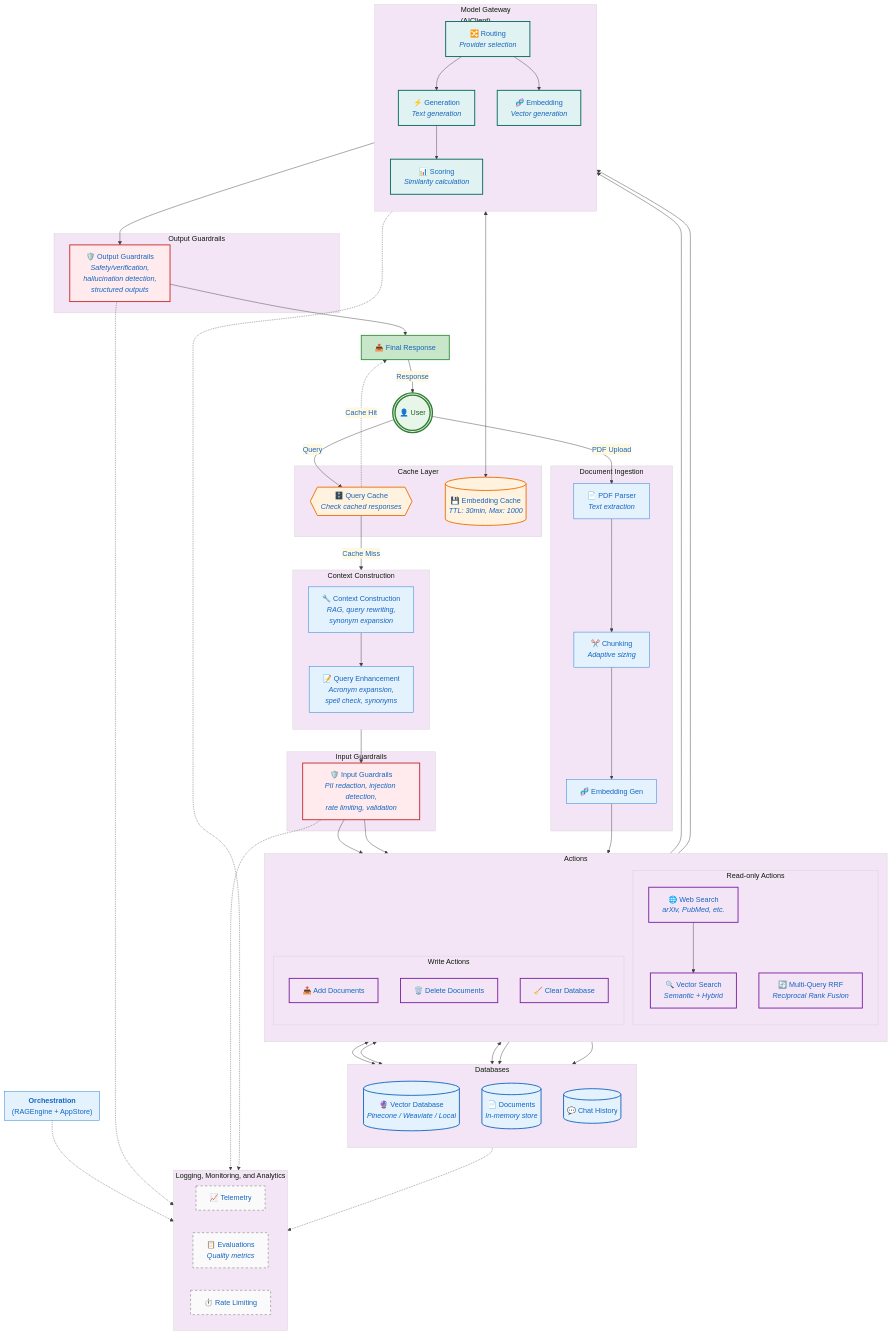
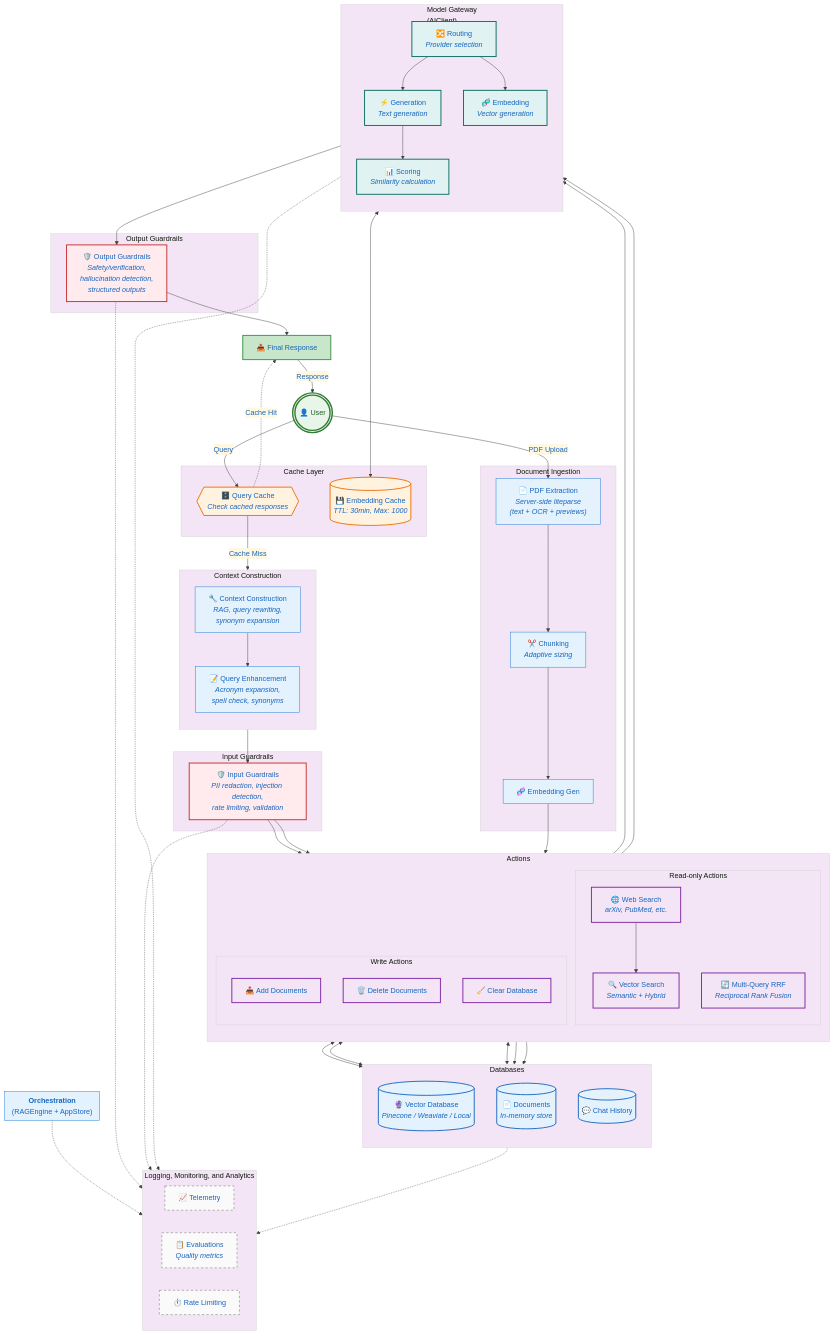
Before and after one commit to Kedhareswer/QuantumPDF_ChatApp_VectorDB: the diagram in flow.md, drawn with Mermaid. The commit also changed other lines of this file and 15 other files, not shown here.

First line of the commit message:
docs: reconcile all docs with the liteparse architecture; remove dead files

```diff
--- a/flow.md
+++ b/flow.md
@@ -118,7 +118,7 @@
     %% ===== DOCUMENT INGESTION PATH =====
     USER -->|"PDF Upload"| PDF_PROC
     subgraph INGEST["Document Ingestion"]
-        PDF_PROC["📄 PDF Parser<br/><i>Text extraction</i>"]
+        PDF_PROC["📄 PDF Extraction<br/><i>Server-side liteparse<br/>(text + OCR + previews)</i>"]
         CHUNKING["✂️ Chunking<br/><i>Adaptive sizing</i>"]
         EMB_GEN["🧬 Embedding Gen"]
         PDF_PROC --> CHUNKING --> EMB_GEN
```
